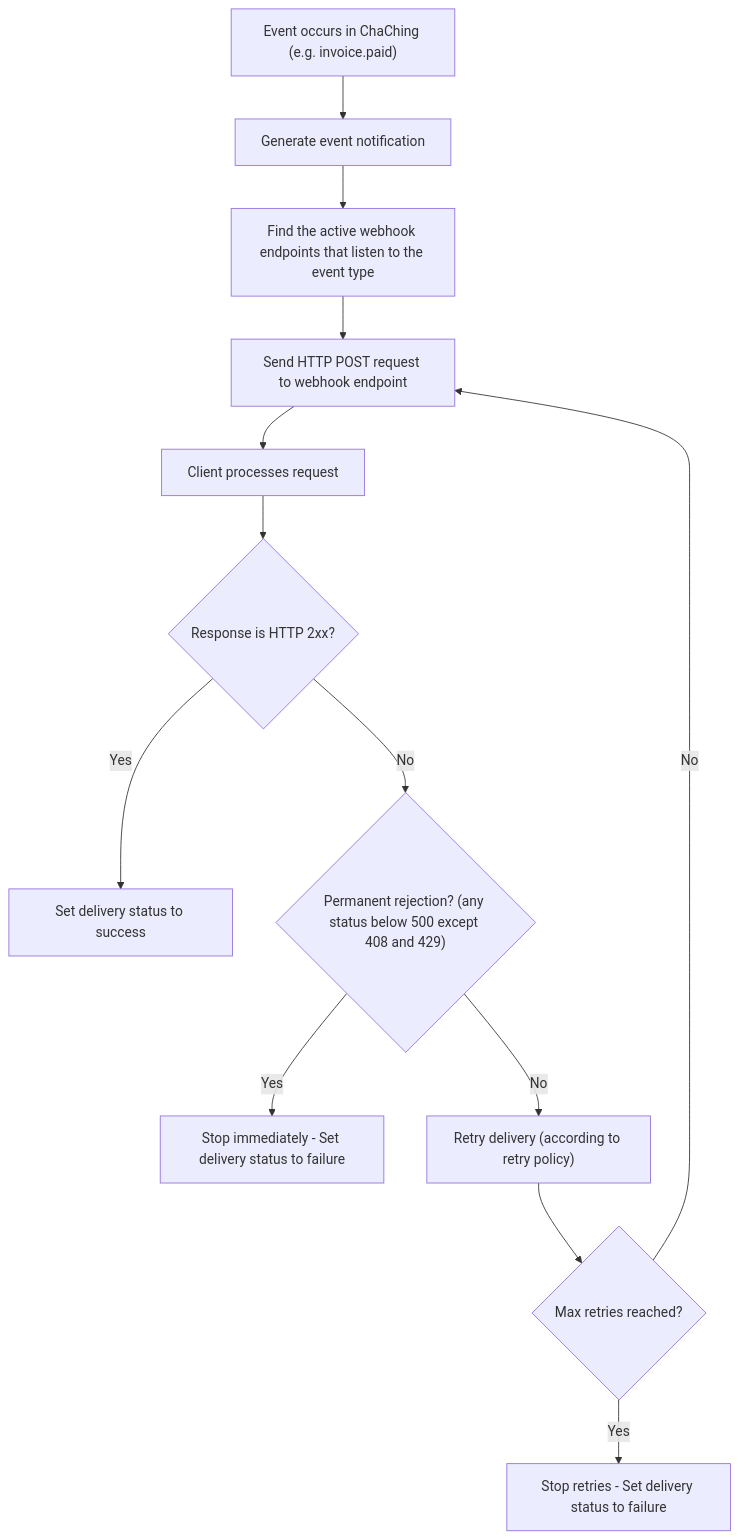
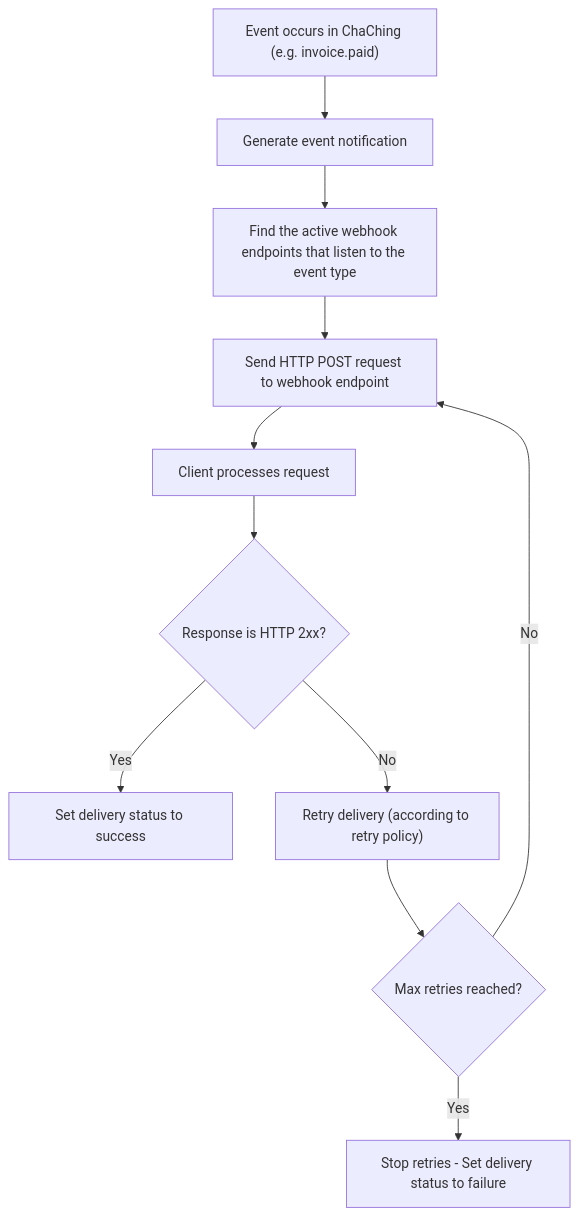
The diagram in Developer Guide/webhook.md (Chachingio/chaching-docs), drawn with Mermaid before and after one commit. The commit also changed other lines of this file and 1 other file, not shown here.

First line of the commit message:
docs(webhooks): retry window, resend, events and outbound IPs

````diff
--- a/Developer Guide/webhook.md
+++ b/Developer Guide/webhook.md
@@ -11,18 +11,15 @@
 ```mermaid
 graph TD;
   A["Event occurs in ChaChing (e.g. invoice.paid)"] --> B["Generate event notification"];
   B --> C["Find the active webhook endpoints that listen to the event type"];
   C --> D["Send HTTP POST request to webhook endpoint"];
   D --> E["Client processes request"];
   E --> F{"Response is HTTP 2xx?"};
 
   F -- Yes --> G["Set delivery status to success"];
-  F -- No --> K{"Permanent rejection? (any status below 500 except 408 and 429)"};
-
-  K -- Yes --> L["Stop immediately - Set delivery status to failure"];
-  K -- No --> H["Retry delivery (according to retry policy)"];
+  F -- No --> H["Retry delivery (according to retry policy)"];
   H --> I{"Max retries reached?"};
 
   I -- No --> D;
   I -- Yes --> J["Stop retries - Set delivery status to failure"];
 ```
````
